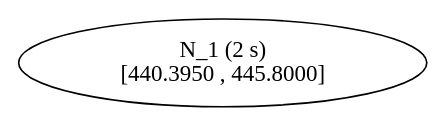
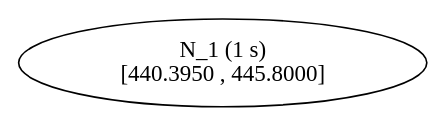
One commit to atoptima/Coluna.jl changed the diagram in previews/PR660/start/tree2.dot. Above: the diagram before and after it, drawn with Graphviz. The commit also changed 13 other files, not shown here.

```diff
--- a/previews/PR660/start/tree2.dot
+++ b/previews/PR660/start/tree2.dot
@@ -1,6 +1,6 @@
 ## dot -Tpdf thisfile > thisfile.pdf 
 
 digraph Branching_Tree {
 	edge[fontname = "Courier", fontsize = 10];
-	n1 [label= "N_1 (2 s) \n[440.3950 , 445.8000]"];
+	n1 [label= "N_1 (1 s) \n[440.3950 , 445.8000]"];
 }
```
